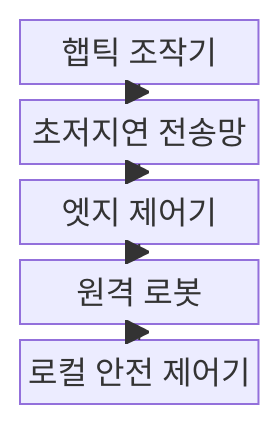
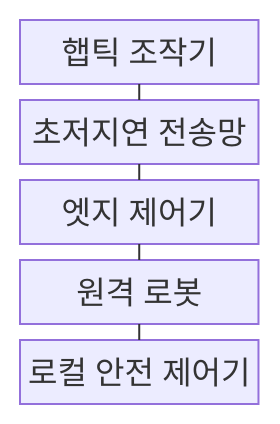
One commit to agnusdei1207/knowledge-base changed the first of 2 diagrams in src/content/docs/notes/04-network/085_tactile_internet.md. Above: the diagram before and after it, drawn with Mermaid. The commit also changed other lines of this file and 493 other files, not shown here.

````diff
--- a/src/content/docs/notes/04-network/085_tactile_internet.md
+++ b/src/content/docs/notes/04-network/085_tactile_internet.md
@@ -64,13 +64,13 @@
 ```mermaid
 block-beta
     columns 1
     HAPTIC["햅틱 조작기"]
     NETWORK["초저지연 전송망"]
     EDGE["엣지 제어기"]
     ROBOT["원격 로봇"]
     SAFETY["로컬 안전 제어기"]
-    HAPTIC --> NETWORK
-    NETWORK --> EDGE
-    EDGE --> ROBOT
-    SAFETY --> ROBOT
+    HAPTIC --- NETWORK
+    NETWORK --- EDGE
+    EDGE --- ROBOT
+    SAFETY --- ROBOT
 ```
````
